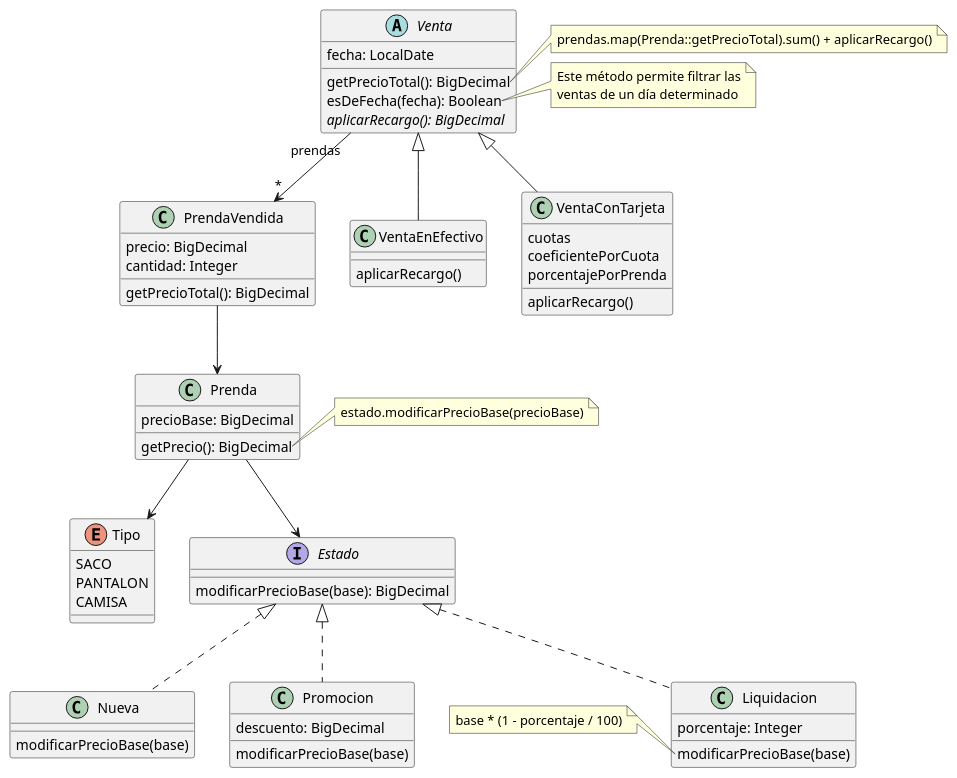
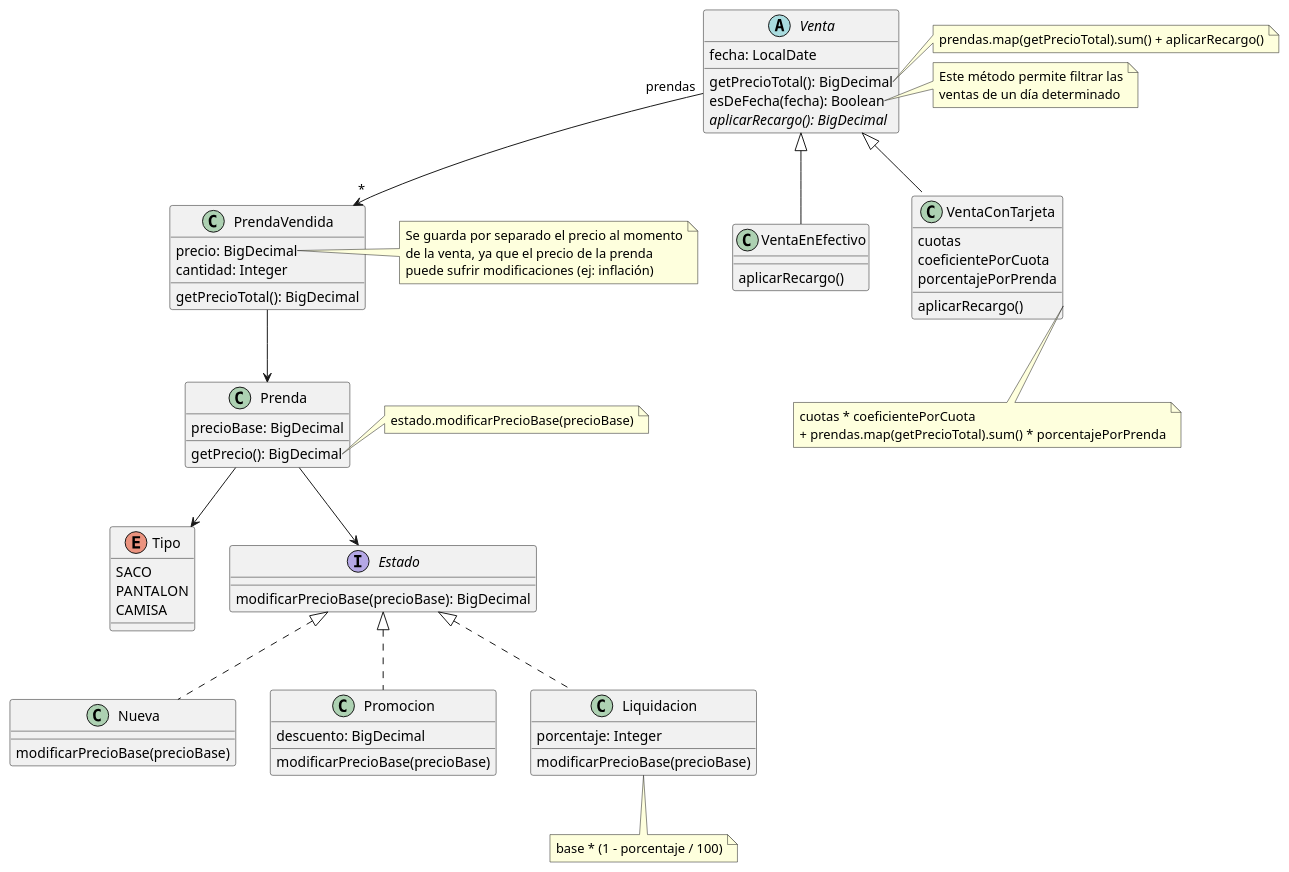
The diagram in docs/diagram.puml (RaniAgus/dds-jv-2022-macowins), drawn with PlantUML before and after one commit.

Commit message:
agrego más comentarios al diagrama

```diff
--- a/docs/diagram.puml
+++ b/docs/diagram.puml
@@ -1,79 +1,94 @@
 @startuml
 abstract class Venta {
   fecha: LocalDate
   getPrecioTotal(): BigDecimal
   esDeFecha(fecha): Boolean
   {abstract} aplicarRecargo(): BigDecimal
 }
 
 Venta "prendas" --> "*" PrendaVendida
 
 note right of Venta::getPrecioTotal
-  prendas.map(Prenda::getPrecioTotal).sum() + aplicarRecargo()
+  prendas.map(getPrecioTotal).sum() + aplicarRecargo()
 end note
 
 note right of Venta::esDeFecha
   Este método permite filtrar las
   ventas de un día determinado
 end note
 
 class VentaEnEfectivo extends Venta {
   aplicarRecargo()
 }
 
 class VentaConTarjeta extends Venta {
   cuotas
   coeficientePorCuota
   porcentajePorPrenda
   aplicarRecargo()
 }
 
+note as RecargoTarjeta
+  cuotas * coeficientePorCuota
+  + prendas.map(getPrecioTotal).sum() * porcentajePorPrenda
+end note
+
+VentaConTarjeta::aplicarRecargo .. RecargoTarjeta
+
 class PrendaVendida {
   precio: BigDecimal
   cantidad: Integer
   getPrecioTotal(): BigDecimal
 }
 
 PrendaVendida --> Prenda
+
+note right of PrendaVendida::precio
+  Se guarda por separado el precio al momento
+  de la venta, ya que el precio de la prenda
+  puede sufrir modificaciones (ej: inflación)
+end note
 
 class Prenda {
   precioBase: BigDecimal
   getPrecio(): BigDecimal
 }
 
 Prenda --> Tipo
 Prenda --> Estado
 
 note right of Prenda::getPrecio
 estado.modificarPrecioBase(precioBase)
 end note
 
 enum Tipo {
   SACO
   PANTALON
   CAMISA
 }
 
 interface Estado {
-  modificarPrecioBase(base): BigDecimal
+  modificarPrecioBase(precioBase): BigDecimal
 }
 
 class Nueva implements Estado {
-  modificarPrecioBase(base)
+  modificarPrecioBase(precioBase)
 }
 
 class Promocion implements Estado {
   descuento: BigDecimal
-  modificarPrecioBase(base)
+  modificarPrecioBase(precioBase)
 }
 
 class Liquidacion implements Estado {
   porcentaje: Integer
-  modificarPrecioBase(base)
+  modificarPrecioBase(precioBase)
 }
 
-note left of Liquidacion::modificarPrecioBase
+note as LiquidacionCalculo
 base * (1 - porcentaje / 100)
 end note
 
+Liquidacion .. LiquidacionCalculo
+
 @enduml
```
